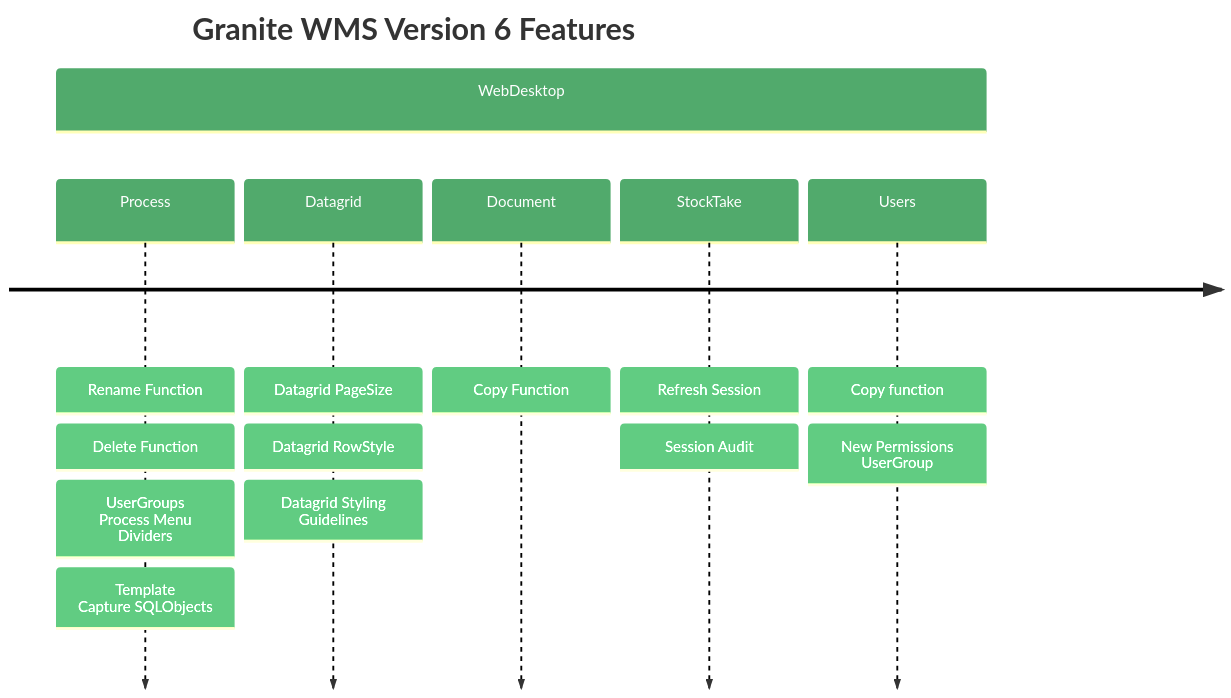
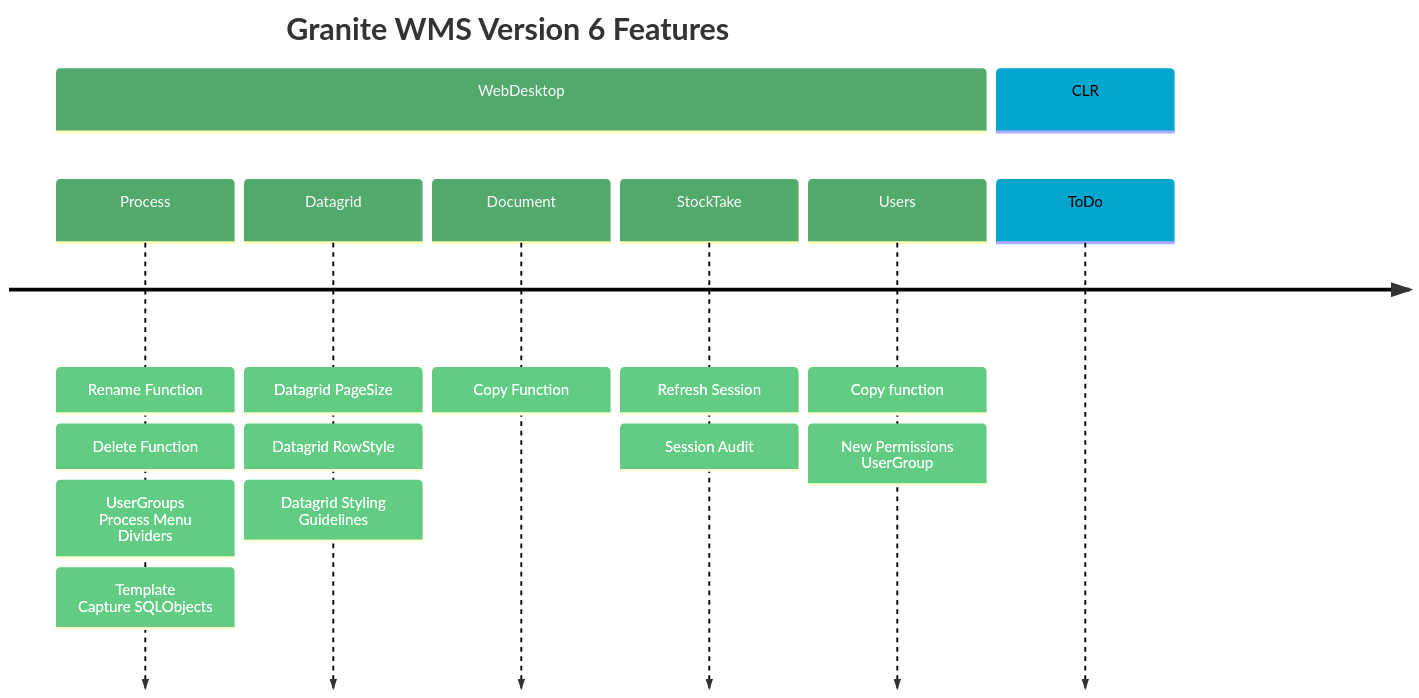
Before and after one commit to GraniteWMS/GraniteDocs: the second of 3 diagrams in docs/updates/V6/cheatsheet.md, drawn with Mermaid.

Commit message:
maint: add clr to features

````diff
--- a/docs/updates/V6/cheatsheet.md
+++ b/docs/updates/V6/cheatsheet.md
@@ -40,20 +40,23 @@
 ```mermaid
 %%{init: { 'logLevel': 'debug', 'theme': 'default' , 'themeVariables': {
               'cScale0': '#51AA6C', 'cScaleLabel0': '#ffffff',
               'cScale1': '#00A6CE',
               'cScale2': '#F24C0D', 'cScaleLabel2': '#ffffff'
        } } }%%
     timeline
         title Granite WMS Version 6 Features
 
         section WebDesktop
           Process : Rename Function:  Delete Function:  UserGroups <br> Process Menu Dividers  : Template <br> Capture SQLObjects
 
           Datagrid : Datagrid PageSize : Datagrid RowStyle : Datagrid Styling Guidelines
           
           Document : Copy Function
 
           StockTake : Refresh Session : Session Audit
 
           Users: Copy function : New Permissions <br> UserGroup
+
+         section CLR
+            ToDo
 ```
````
